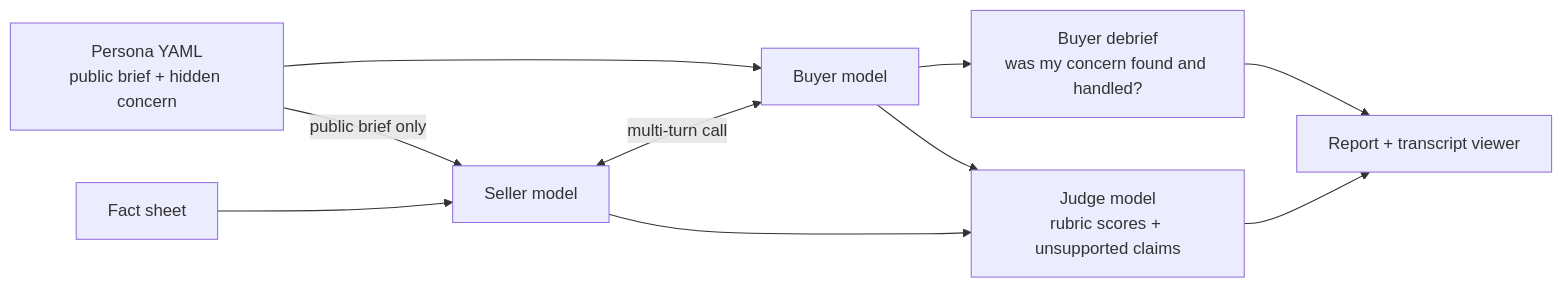
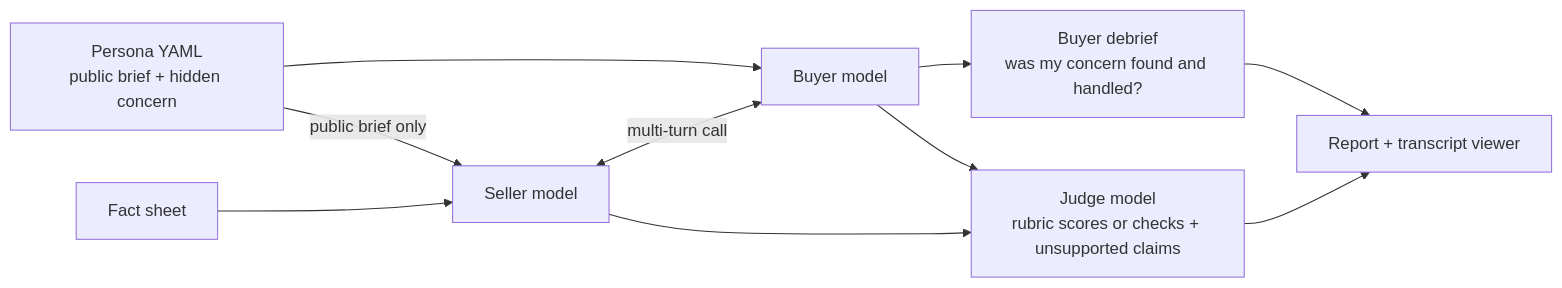
One commit to rodrigoalma/skeptical-cio-evals changed the diagram in README.md. Above: the diagram before and after it, drawn with Mermaid. The commit also changed other lines of this file and 15 other files, not shown here.

First line of the commit message:
Grade the GitLab PSM track with binary checks instead of scores

````diff
--- a/README.md
+++ b/README.md
@@ -26,10 +26,10 @@
 ```mermaid
 flowchart LR
     P[Persona YAML<br/>public brief + hidden concern] --> B[Buyer model]
     F[Fact sheet] --> S[Seller model]
     P -- public brief only --> S
     S <-- multi-turn call --> B
     B --> D[Buyer debrief<br/>was my concern found and handled?]
-    S & B --> J[Judge model<br/>rubric scores + unsupported claims]
+    S & B --> J[Judge model<br/>rubric scores or checks + unsupported claims]
     D & J --> R[Report + transcript viewer]
 ```
````
